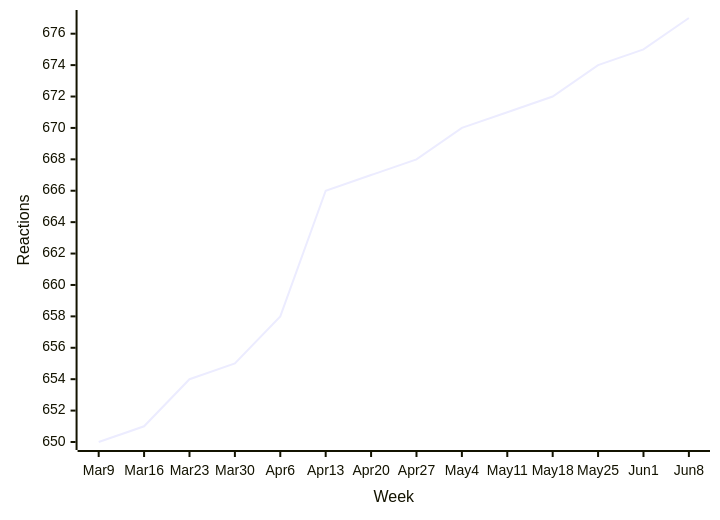
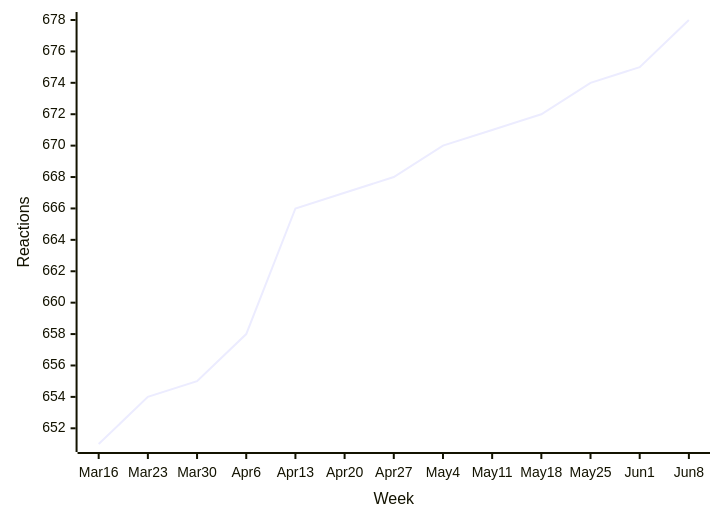
The fifth of 45 diagrams in README.md (loic-sharma/github-insights), drawn with Mermaid before and after one commit. The commit also changed other lines of this file and 3 other files, not shown here.

````diff
--- a/README.md
+++ b/README.md
@@ -407,6 +407,6 @@
   ```mermaid
   xychart-beta
-    x-axis "Week" [Mar 9, Mar 16, Mar 23, Mar 30, Apr 6, Apr 13, Apr 20, Apr 27, May 4, May 11, May 18, May 25, Jun 1, Jun 8]
+    x-axis "Week" [Mar 16, Mar 23, Mar 30, Apr 6, Apr 13, Apr 20, Apr 27, May 4, May 11, May 18, May 25, Jun 1, Jun 8]
     y-axis "Reactions"
-    line [650, 651, 654, 655, 658, 666, 667, 668, 670, 671, 672, 674, 675, 677]
+    line [651, 654, 655, 658, 666, 667, 668, 670, 671, 672, 674, 675, 678]
   ```
````
